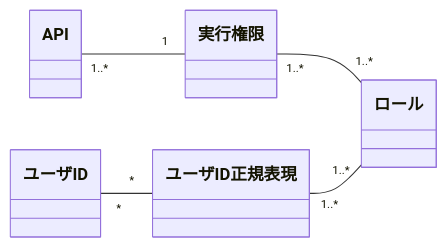
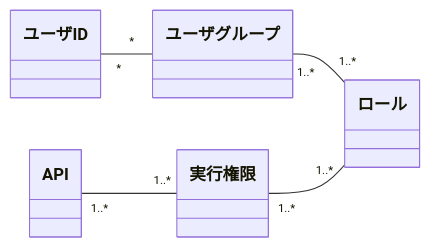
One commit to project-tsurugi/belayer-webapi changed the diagram in docs/belayer_authorization.md. Above: the diagram before and after it, drawn with Mermaid. The commit also changed other lines of this file and 9 other files, not shown here.

````diff
--- a/docs/belayer_authorization.md
+++ b/docs/belayer_authorization.md
@@ -14,8 +14,8 @@
 ```mermaid
 classDiagram
     direction LR
-    API "1..*" -- "1" 実行権限
+    ユーザグループ "1..*" -- "1..*" ロール
+    ユーザID "*" -- "*" ユーザグループ
     実行権限 "1..*" -- "1..*" ロール
-    ユーザID "*" -- "*" ユーザID正規表現
-    ユーザID正規表現 "1..*" -- "1..*" ロール
+    API "1..*" -- "1..*" 実行権限
 ```
````
